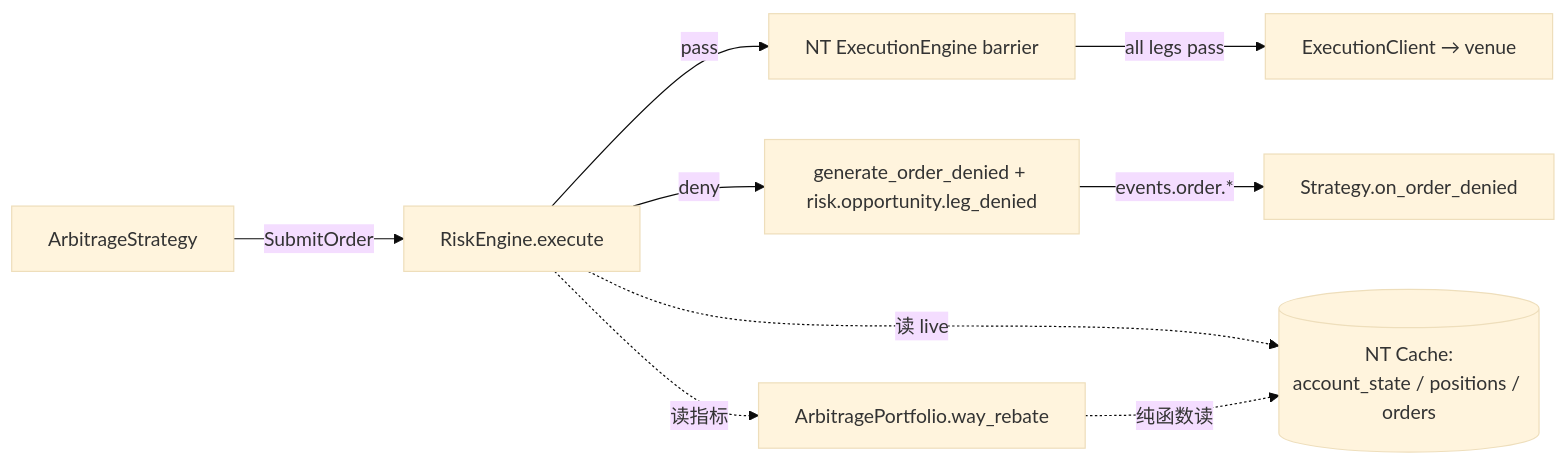
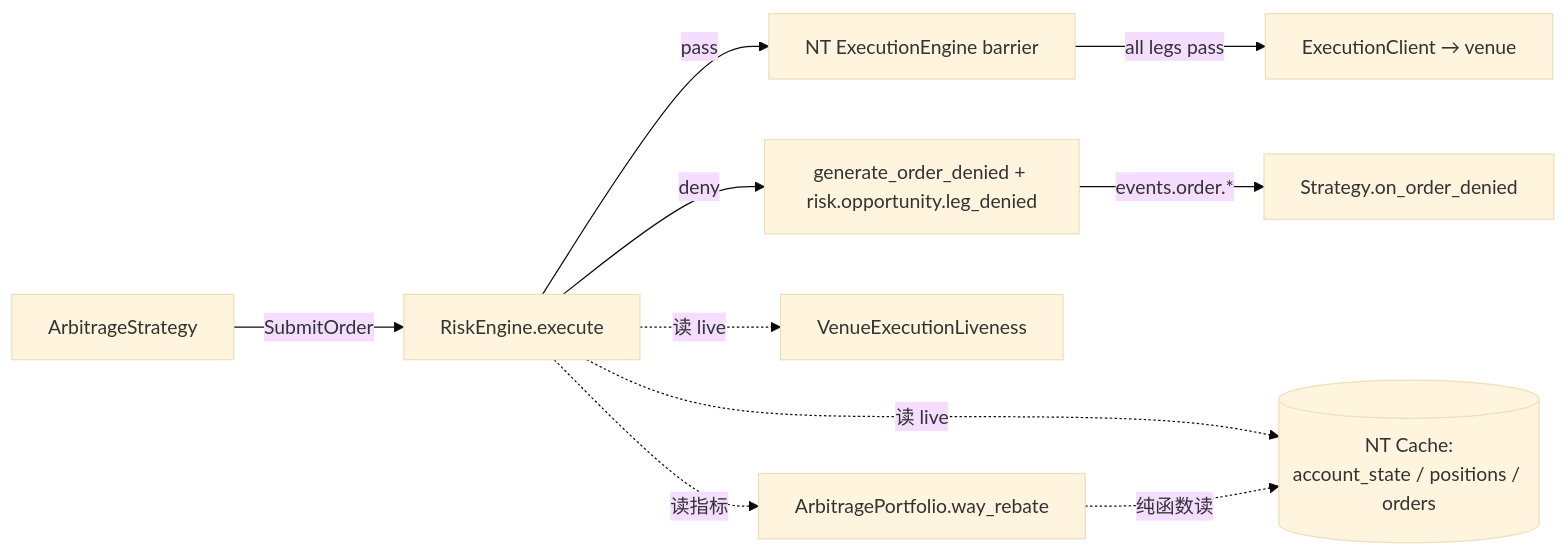
Before and after one commit to psnewer/nautilus_trader: the first of 3 diagrams in docs/arbitrage/architectures/risk/architecture.md, drawn with Mermaid (base theme). The commit also changed other lines of this file and 20 other files, not shown here.

````diff
--- a/docs/arbitrage/architectures/risk/architecture.md
+++ b/docs/arbitrage/architectures/risk/architecture.md
@@ -35,11 +35,12 @@
 ```mermaid
 flowchart LR
   S[ArbitrageStrategy] -->|SubmitOrder| RE[RiskEngine.execute]
   RE -->|pass| EE[NT ExecutionEngine barrier]
   EE -->|all legs pass| EC[ExecutionClient → venue]
   RE -->|deny| OD[generate_order_denied + risk.opportunity.leg_denied]
   OD -->|events.order.*| S2[Strategy.on_order_denied]
+  RE -.读 live.-> VL[VenueExecutionLiveness]
   RE -.读 live.-> CACHE[(NT Cache:<br/>account_state / positions / orders)]
   RE -.读指标.-> AP[ArbitragePortfolio.way_rebate]
   AP -.纯函数读.-> CACHE
 ```
````
